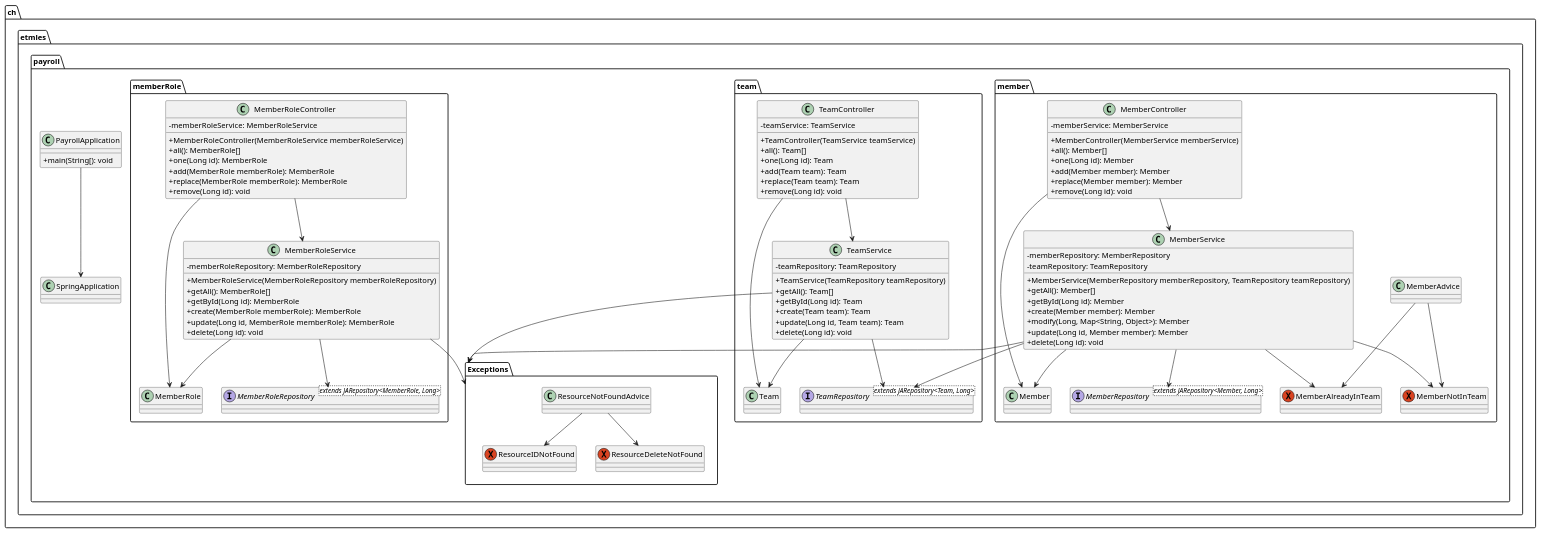
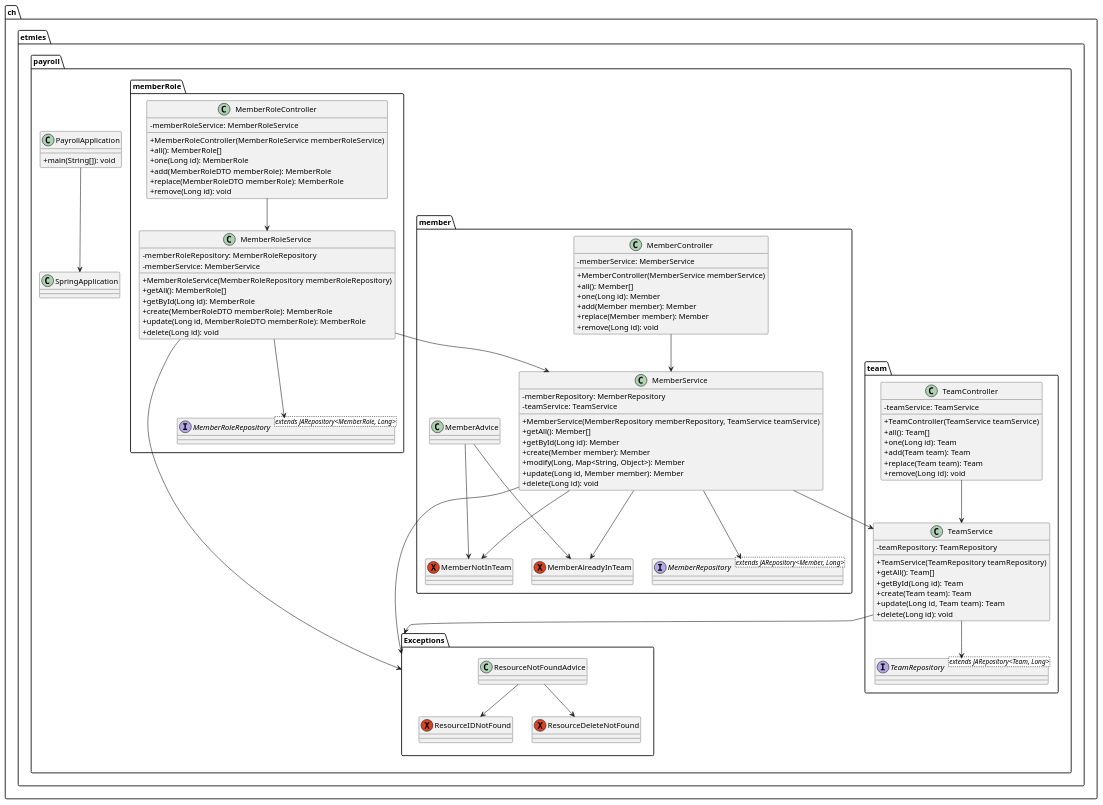
The diagram in docs/class_diagram.plantuml (ETML-ES-FWBE/ZucchinIT), drawn with PlantUML before and after one commit. The commit also changed 4 other files, not shown here.

```diff
--- a/docs/class_diagram.plantuml
+++ b/docs/class_diagram.plantuml
@@ -1,122 +1,114 @@
 @startuml
 
 skinparam classAttributeIconSize 0
 
 package ch.etmles.payroll {
     class "SpringApplication"
     class PayrollApplication {
-        +main(String[): void
+        +main(String[]): void
     }
     "PayrollApplication" --> "SpringApplication"
 
     package member {
-        class Member {}
         interface MemberRepository<extends JARepository<Member, Long>>
         class MemberController {
             -memberService: MemberService
             +MemberController(MemberService memberService)
             +all(): Member[]
             +one(Long id): Member
             +add(Member member): Member
             +replace(Member member): Member
             +remove(Long id): void
         }
         class MemberService {
             -memberRepository: MemberRepository
-            -teamRepository: TeamRepository
-            +MemberService(MemberRepository memberRepository, TeamRepository teamRepository)
+            -teamService: TeamService
+            +MemberService(MemberRepository memberRepository, TeamService teamService)
             +getAll(): Member[]
             +getById(Long id): Member
             +create(Member member): Member
             +modify(Long, Map<String, Object>): Member
             +update(Long id, Member member): Member
             +delete(Long id): void
         }
         class "MemberAdvice"
         exception "MemberNotInTeam"
         exception "MemberAlreadyInTeam"
 
         "MemberController" --> "MemberService"
-        "MemberController" --> "Member"
         "MemberService" --> "MemberRepository"
-        "MemberService" --> "Member"
         "MemberService" --> "MemberNotInTeam"
         "MemberService" --> "MemberAlreadyInTeam"
         "MemberAdvice" --> "MemberNotInTeam"
         "MemberAdvice" --> "MemberAlreadyInTeam"
     }
-    "MemberService" --> team.TeamRepository
+    "MemberService" --> team.TeamService
     "MemberService" --> "Exceptions"
 
     package memberRole {
-        class MemberRole {}
-
         interface MemberRoleRepository<extends JARepository<MemberRole, Long>>
         class MemberRoleController {
             -memberRoleService: MemberRoleService
             +MemberRoleController(MemberRoleService memberRoleService)
             +all(): MemberRole[]
             +one(Long id): MemberRole
-            +add(MemberRole memberRole): MemberRole
-            +replace(MemberRole memberRole): MemberRole
+            +add(MemberRoleDTO memberRole): MemberRole
+            +replace(MemberRoleDTO memberRole): MemberRole
             +remove(Long id): void
         }
         class MemberRoleService {
             -memberRoleRepository: MemberRoleRepository
+            -memberService: MemberService
             +MemberRoleService(MemberRoleRepository memberRoleRepository)
             +getAll(): MemberRole[]
             +getById(Long id): MemberRole
-            +create(MemberRole memberRole): MemberRole
-            +update(Long id, MemberRole memberRole): MemberRole
+            +create(MemberRoleDTO memberRole): MemberRole
+            +update(Long id, MemberRoleDTO memberRole): MemberRole
             +delete(Long id): void
         }
 
         "MemberRoleController" --> "MemberRoleService"
-        "MemberRoleController" --> "MemberRole"
         "MemberRoleService" --> "MemberRoleRepository"
-        "MemberRoleService" --> "MemberRole"
+        "MemberRoleService" --> "MemberService"
     }
 
     "MemberRoleService" --> "Exceptions"
 
     package team {
-        class Team {}
         interface TeamRepository<extends JARepository<Team, Long>>
         class TeamController {
             -teamService: TeamService
             +TeamController(TeamService teamService)
             +all(): Team[]
             +one(Long id): Team
             +add(Team team): Team
             +replace(Team team): Team
             +remove(Long id): void
         }
         class TeamService {
             -teamRepository: TeamRepository
             +TeamService(TeamRepository teamRepository)
             +getAll(): Team[]
             +getById(Long id): Team
             +create(Team team): Team
             +update(Long id, Team team): Team
             +delete(Long id): void
         }
 
         "TeamController" --> "TeamService"
-        "TeamController" --> "Team"
         "TeamService" --> "TeamRepository"
-        "TeamService" --> "Team"
     }
 
     "TeamService" --> "Exceptions"
 
     package Exceptions {
         exception "ResourceIDNotFound"
         exception "ResourceDeleteNotFound"
         class "ResourceNotFoundAdvice"
 
         "ResourceNotFoundAdvice" --> "ResourceIDNotFound"
         "ResourceNotFoundAdvice" --> "ResourceDeleteNotFound"
     }
 }
 
 @enduml
```
